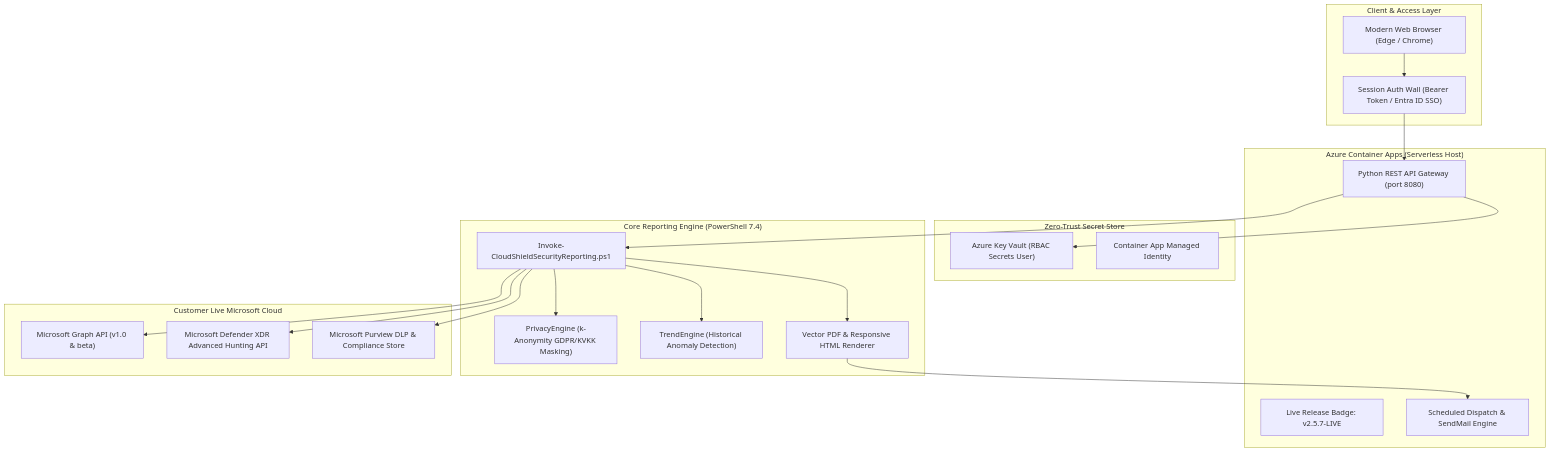
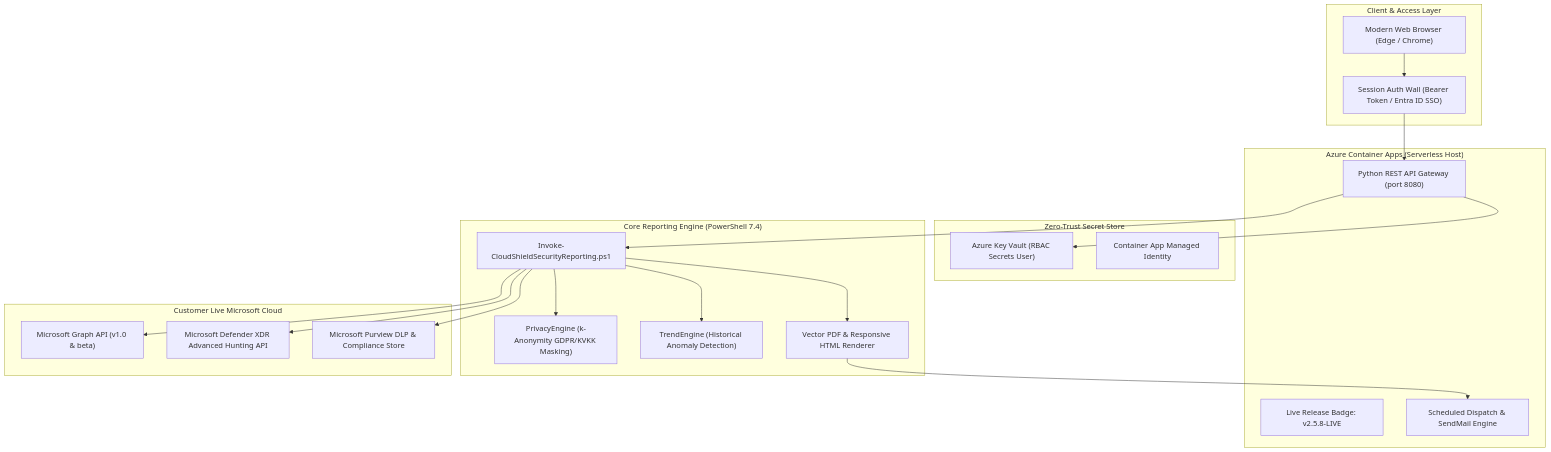
One commit to canercetinkaya/cloudshield-mssp-portal changed the diagram in README.md. Above: the diagram before and after it, drawn with Mermaid. The commit also changed other lines of this file and 5 other files, not shown here.

````diff
--- a/README.md
+++ b/README.md
@@ -31,43 +31,43 @@
 ```mermaid
 flowchart TD
     subgraph ClientLayer ["Client & Access Layer"]
         Browser["Modern Web Browser (Edge / Chrome)"]
         AuthWall["Session Auth Wall (Bearer Token / Entra ID SSO)"]
     end
 
     subgraph PortalLayer ["Azure Container Apps (Serverless Host)"]
         WebServer["Python REST API Gateway (port 8080)"]
-        VersionBadge["Live Release Badge: v2.5.7-LIVE"]
+        VersionBadge["Live Release Badge: v2.5.8-LIVE"]
         ReportDispatcher["Scheduled Dispatch & SendMail Engine"]
     end
 
     subgraph SecurityVault ["Zero-Trust Secret Store"]
         AKV["Azure Key Vault (RBAC Secrets User)"]
         ManagedIdentity["Container App Managed Identity"]
     end
 
     subgraph EngineLayer ["Core Reporting Engine (PowerShell 7.4)"]
         EngineMain["Invoke-CloudShieldSecurityReporting.ps1"]
         PrivacyEngine["PrivacyEngine (k-Anonymity GDPR/KVKK Masking)"]
         TrendEngine["TrendEngine (Historical Anomaly Detection)"]
         Renderer["Vector PDF & Responsive HTML Renderer"]
     end
 
     subgraph MicrosoftCloud ["Customer Live Microsoft Cloud"]
         GraphAPI["Microsoft Graph API (v1.0 & beta)"]
         DefenderAPI["Microsoft Defender XDR Advanced Hunting API"]
         PurviewDLP["Microsoft Purview DLP & Compliance Store"]
     end
 
     Browser --> AuthWall
     AuthWall --> WebServer
     WebServer --> AKV
     WebServer --> EngineMain
     EngineMain --> PrivacyEngine
     EngineMain --> TrendEngine
     EngineMain --> Renderer
     EngineMain --> GraphAPI
     EngineMain --> DefenderAPI
     EngineMain --> PurviewDLP
     Renderer --> ReportDispatcher
 ```
````
